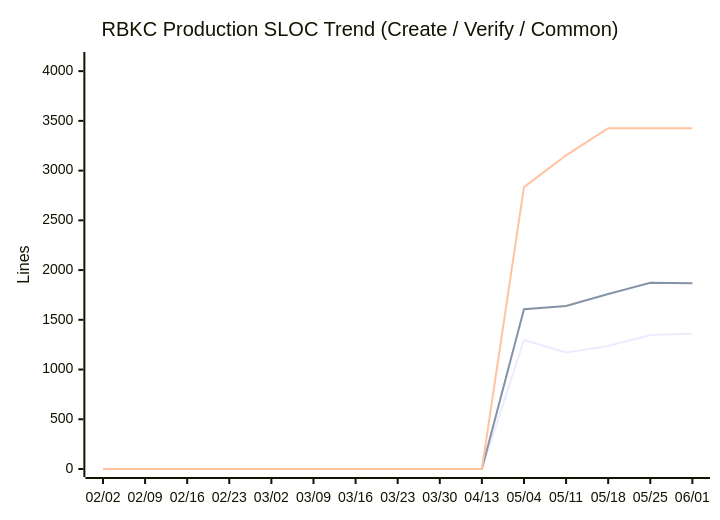
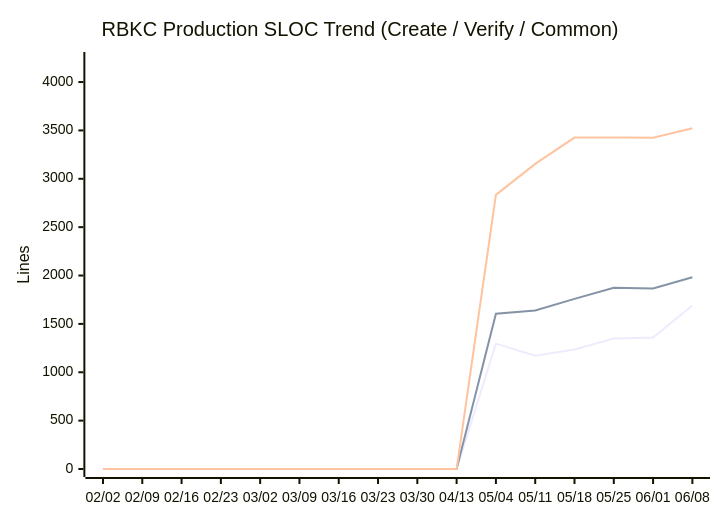
One commit to nablarch/nabledge-dev changed diagram 11 of 14 in docs/metrics.md. Above: the diagram before and after it, drawn with Mermaid. The commit also changed other lines of this file and 2 other files, not shown here.

````diff
--- a/docs/metrics.md
+++ b/docs/metrics.md
@@ -146,9 +146,9 @@
 ```mermaid
 xychart-beta
   title "RBKC Production SLOC Trend (Create / Verify / Common)"
-  x-axis ["02/02", "02/09", "02/16", "02/23", "03/02", "03/09", "03/16", "03/23", "03/30", "04/13", "05/04", "05/11", "05/18", "05/25", "06/01"]
-  y-axis "Lines" 0 --> 4112
-  line [0, 0, 0, 0, 0, 0, 0, 0, 0, 0, 1296, 1172, 1236, 1348, 1359]
-  line [0, 0, 0, 0, 0, 0, 0, 0, 0, 0, 1606, 1638, 1759, 1873, 1867]
-  line [0, 0, 0, 0, 0, 0, 0, 0, 0, 0, 2834, 3154, 3426, 3426, 3425]
+  x-axis ["02/02", "02/09", "02/16", "02/23", "03/02", "03/09", "03/16", "03/23", "03/30", "04/13", "05/04", "05/11", "05/18", "05/25", "06/01", "06/08"]
+  y-axis "Lines" 0 --> 4228
+  line [0, 0, 0, 0, 0, 0, 0, 0, 0, 0, 1296, 1172, 1236, 1348, 1359, 1690]
+  line [0, 0, 0, 0, 0, 0, 0, 0, 0, 0, 1606, 1638, 1759, 1873, 1867, 1982]
+  line [0, 0, 0, 0, 0, 0, 0, 0, 0, 0, 2834, 3154, 3426, 3426, 3425, 3523]
 ```
````
